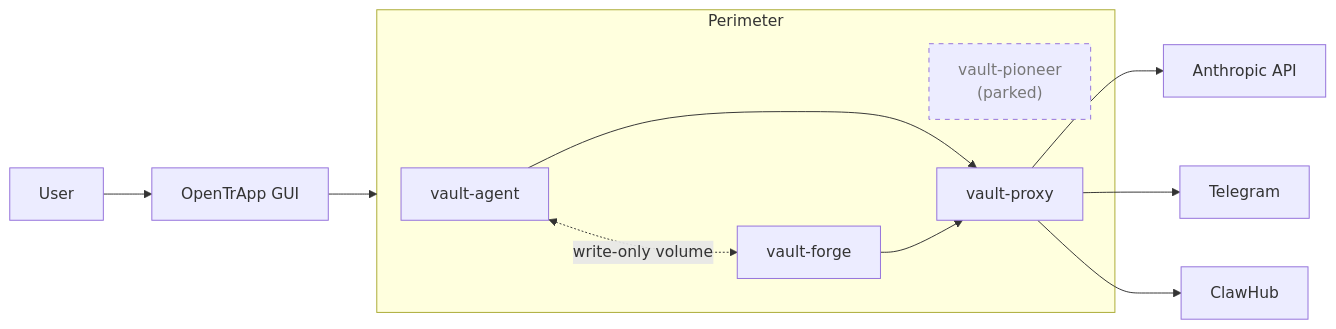
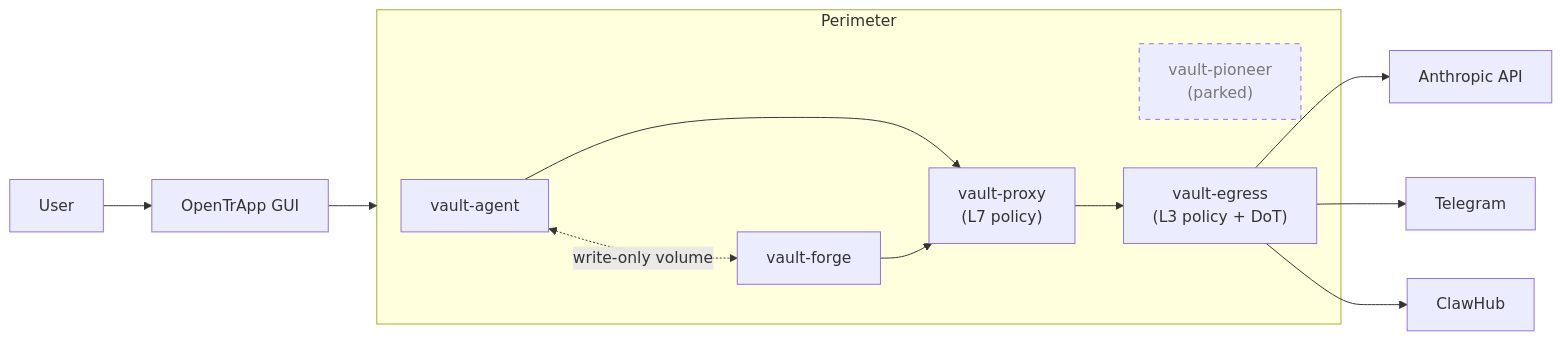
The diagram in README.md (albertdobmeyer/opentrapp), drawn with Mermaid before and after one commit. The commit also changed other lines of this file and 23 other files, not shown here.

````diff
--- a/README.md
+++ b/README.md
@@ -92,22 +93,24 @@
 ```mermaid
 flowchart LR
     USER[User] --> GUI["OpenTrApp GUI"]
     GUI --> PERIMETER
 
     subgraph PERIMETER["Perimeter"]
         AGENT[vault-agent]
         FORGE[vault-forge]
         PIONEER["vault-pioneer<br/>(parked)"]
-        PROXY[vault-proxy]
+        PROXY["vault-proxy<br/>(L7 policy)"]
+        EGRESS["vault-egress<br/>(L3 policy + DoT)"]
     end
 
     AGENT --> PROXY
     FORGE --> PROXY
     AGENT <-.->|"write-only volume"| FORGE
-    PROXY --> ANTHROPIC[Anthropic API]
-    PROXY --> TELEGRAM[Telegram]
-    PROXY --> CLAWHUB[ClawHub]
+    PROXY --> EGRESS
+    EGRESS --> ANTHROPIC[Anthropic API]
+    EGRESS --> TELEGRAM[Telegram]
+    EGRESS --> CLAWHUB[ClawHub]
 
     classDef parked stroke-dasharray: 5 5,color:#777
     class PIONEER parked
 ```
````
